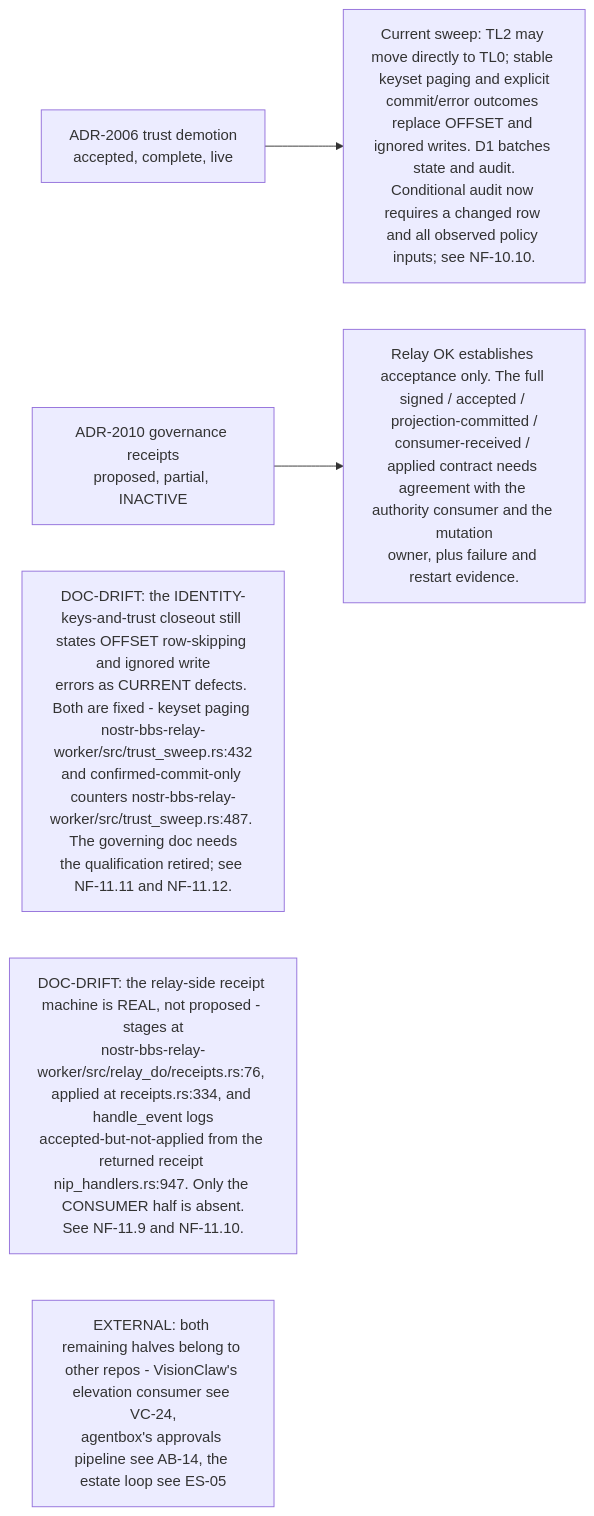
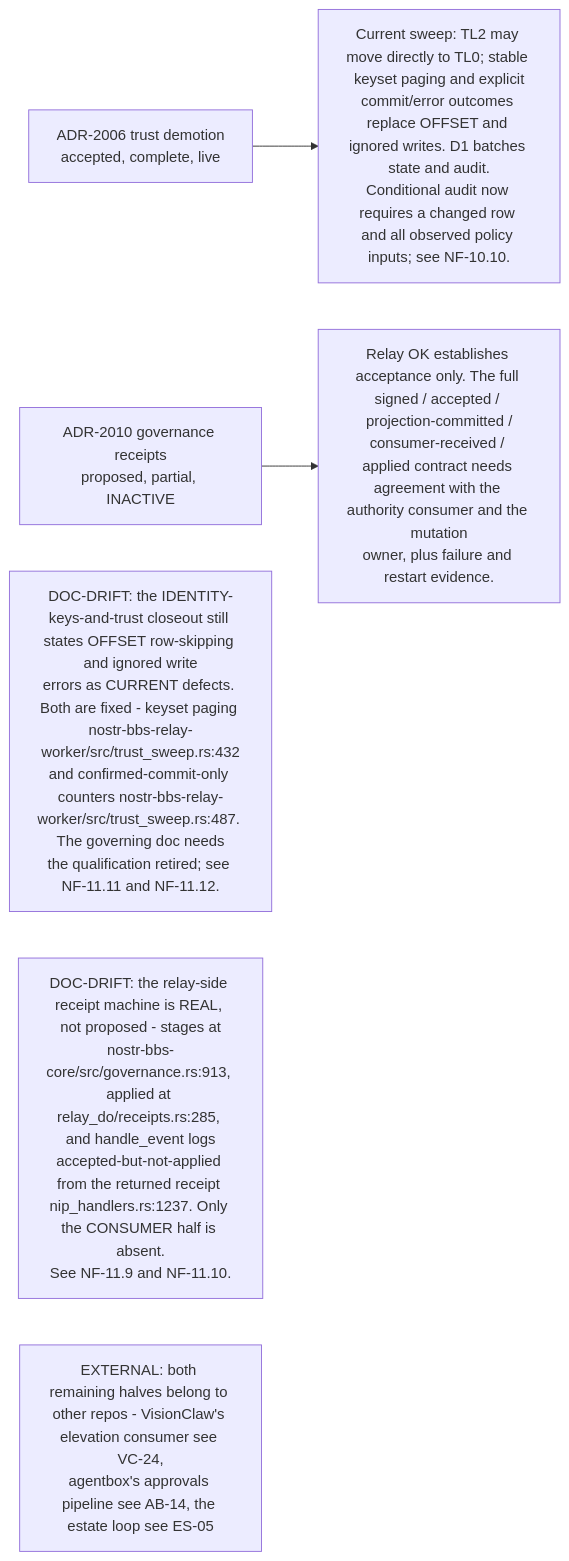
The eighth of 11 diagrams in docs/diagrams/nostr-rust-forum/10-invariants-and-anomaly-register.md (DreamLab-AI/VisionFlow), drawn with Mermaid before and after one commit. The commit also changed other lines of this file and 11 other files, not shown here.

````diff
--- a/docs/diagrams/nostr-rust-forum/10-invariants-and-anomaly-register.md
+++ b/docs/diagrams/nostr-rust-forum/10-invariants-and-anomaly-register.md
@@ -155,14 +157,14 @@
 ```mermaid
 flowchart LR
     A2006["ADR-2006 trust demotion<br/>accepted, complete, live"]
     Q2006["Current sweep: TL2 may move directly to TL0; stable keyset paging and explicit<br/>commit/error outcomes replace OFFSET and ignored writes. D1 batches state and audit.<br/>Conditional audit now requires a changed row and all observed policy inputs; see NF-10.10."]
     A2010["ADR-2010 governance receipts<br/>proposed, partial, INACTIVE"]
     Q2010["Relay OK establishes acceptance only. The full signed / accepted / projection-committed /<br/>consumer-received / applied contract needs agreement with the authority consumer and the mutation<br/>owner, plus failure and restart evidence."]
 
     A2006 --> Q2006
     A2010 --> Q2010
 
     N1["DOC-DRIFT: the IDENTITY-keys-and-trust closeout still states OFFSET row-skipping and ignored write<br/>errors as CURRENT defects. Both are fixed - keyset paging nostr-bbs-relay-worker/src/trust_sweep.rs:432<br/>and confirmed-commit-only counters nostr-bbs-relay-worker/src/trust_sweep.rs:487. The governing doc needs<br/>the qualification retired; see NF-11.11 and NF-11.12."]
-    N2["DOC-DRIFT: the relay-side receipt machine is REAL, not proposed - stages at<br/>nostr-bbs-relay-worker/src/relay_do/receipts.rs:76, applied at receipts.rs:334, and handle_event logs<br/>accepted-but-not-applied from the returned receipt nip_handlers.rs:947. Only the CONSUMER half is absent.<br/>See NF-11.9 and NF-11.10."]
+    N2["DOC-DRIFT: the relay-side receipt machine is REAL, not proposed - stages at<br/>nostr-bbs-core/src/governance.rs:913, applied at relay_do/receipts.rs:285, and handle_event logs<br/>accepted-but-not-applied from the returned receipt nip_handlers.rs:1237. Only the CONSUMER half is absent.<br/>See NF-11.9 and NF-11.10."]
     N3["EXTERNAL: both remaining halves belong to other repos - VisionClaw's elevation consumer see VC-24,<br/>agentbox's approvals pipeline see AB-14, the estate loop see ES-05"]
 ```
````
